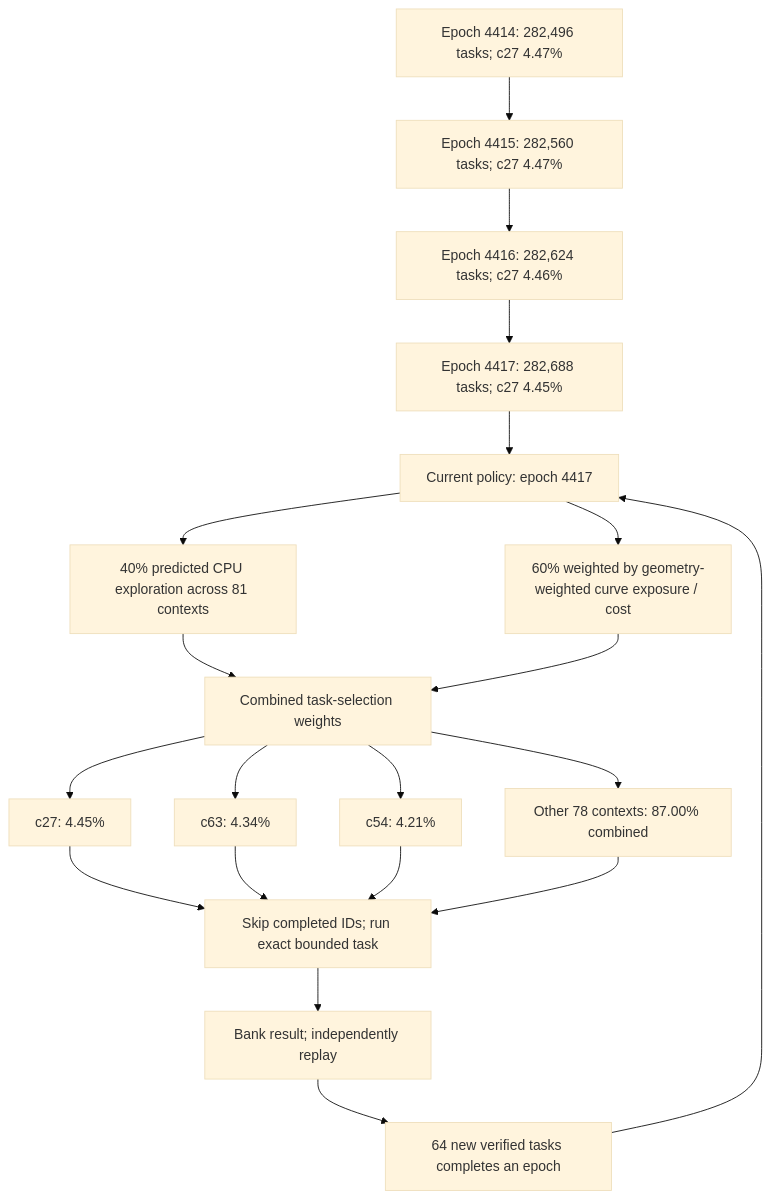
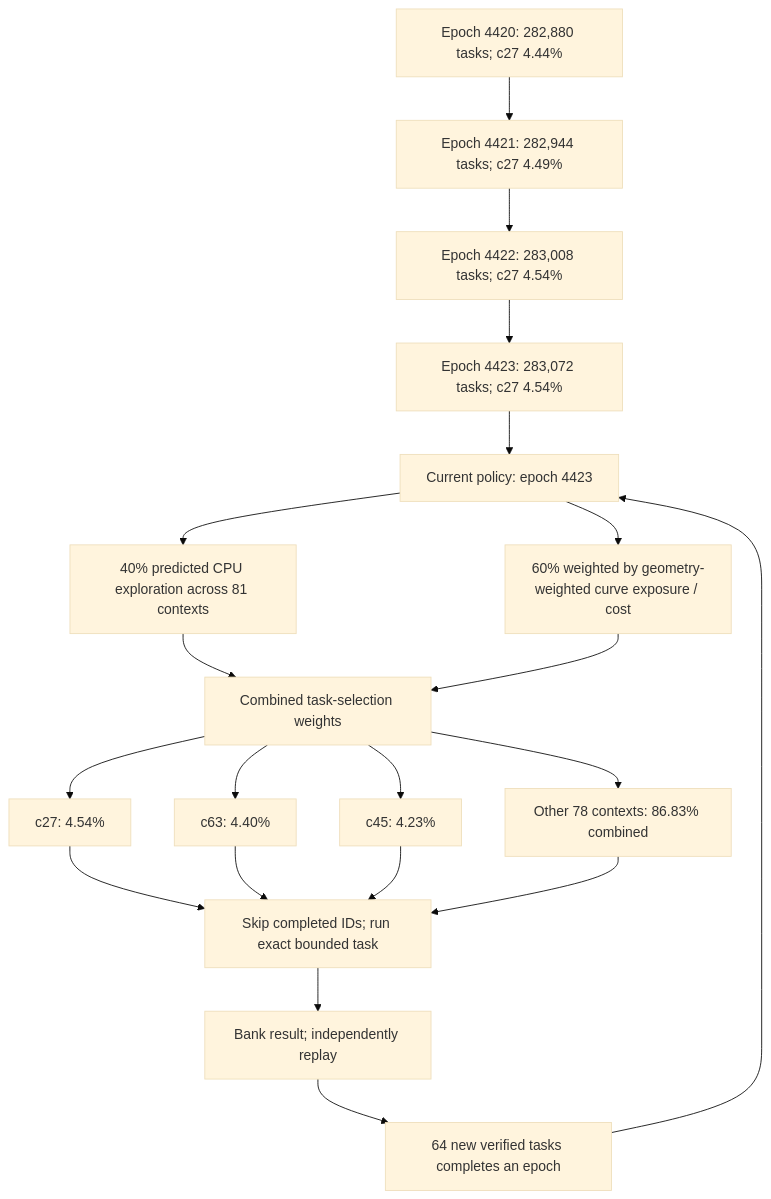
Before and after one commit to Kuberwastaken/math-gambling: the first of 3 diagrams in README.md, drawn with Mermaid (base theme). The commit also changed other lines of this file and 2181 other files, not shown here.

````diff
--- a/README.md
+++ b/README.md
@@ -60,27 +60,27 @@
 ```mermaid
 flowchart TD
-    H0["Epoch 4414: 282,496 tasks; c27 4.47%"]
-    H1["Epoch 4415: 282,560 tasks; c27 4.47%"]
+    H0["Epoch 4420: 282,880 tasks; c27 4.44%"]
+    H1["Epoch 4421: 282,944 tasks; c27 4.49%"]
     H0 --> H1
-    H2["Epoch 4416: 282,624 tasks; c27 4.46%"]
+    H2["Epoch 4422: 283,008 tasks; c27 4.54%"]
     H1 --> H2
-    H3["Epoch 4417: 282,688 tasks; c27 4.45%"]
+    H3["Epoch 4423: 283,072 tasks; c27 4.54%"]
     H2 --> H3
-    Policy["Current policy: epoch 4417"]
+    Policy["Current policy: epoch 4423"]
     H3 --> Policy
     Policy --> Explore["40% predicted CPU exploration across 81 contexts"]
     Policy --> Cost["60% weighted by geometry-weighted curve exposure / cost"]
     Explore --> Mix["Combined task-selection weights"]
     Cost --> Mix
-    Mix --> C0["c27: 4.45%"]
-    Mix --> C1["c63: 4.34%"]
-    Mix --> C2["c54: 4.21%"]
-    Mix --> Rest["Other 78 contexts: 87.00% combined"]
+    Mix --> C0["c27: 4.54%"]
+    Mix --> C1["c63: 4.40%"]
+    Mix --> C2["c45: 4.23%"]
+    Mix --> Rest["Other 78 contexts: 86.83% combined"]
     C0 --> Check["Skip completed IDs; run exact bounded task"]
     C1 --> Check
     C2 --> Check
     Rest --> Check
     Check --> Replay["Bank result; independently replay"]
     Replay --> Gate["64 new verified tasks completes an epoch"]
     Gate --> Policy
 ```
````
